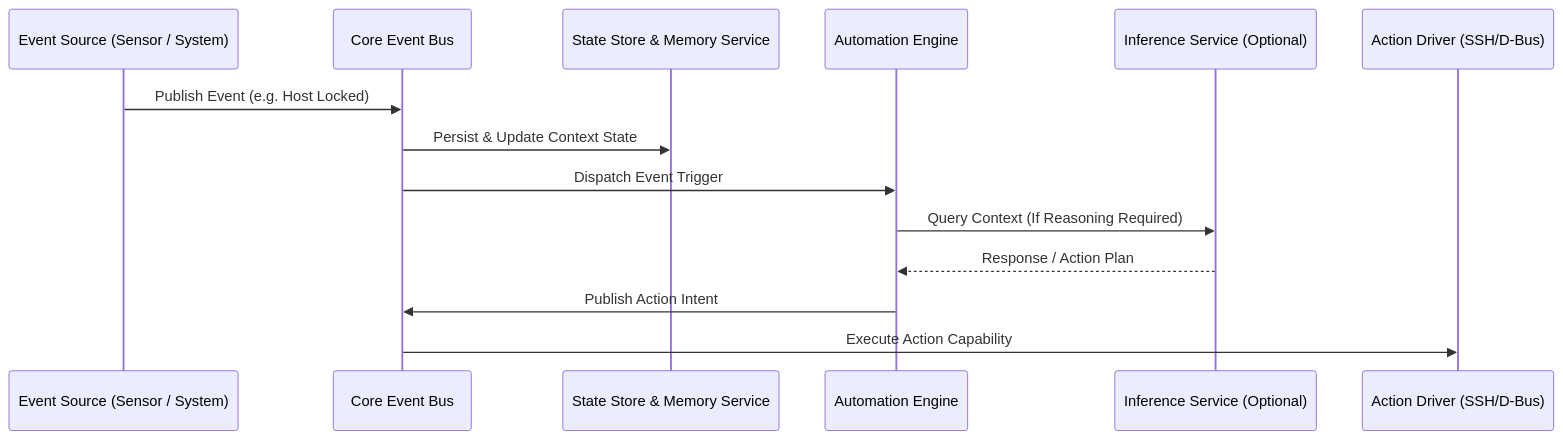
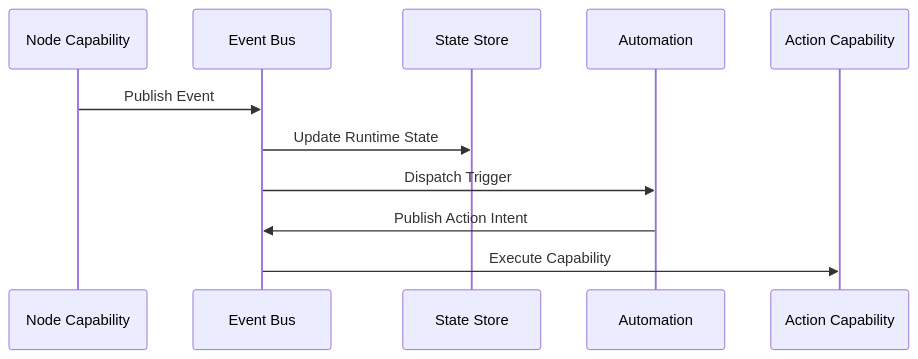
Diagram 11 of 14 in README.md (scott-astatine/Frankn), drawn with Mermaid before and after one commit. The commit also changed other lines of this file and 9 other files, not shown here.

````diff
--- a/README.md
+++ b/README.md
@@ -165,17 +622,14 @@
 ```mermaid
 sequenceDiagram
-    participant Sensor as Event Source (Sensor / System)
-    participant Bus as Core Event Bus
-    participant State as State Store & Memory Service
-    participant Auto as Automation Engine
-    participant Inf as Inference Service (Optional)
-    participant Action as Action Driver (SSH/D-Bus)
+    participant Device as Node Capability
+    participant Bus as Event Bus
+    participant State as State Store
+    participant Auto as Automation
+    participant Action as Action Capability
 
-    Sensor->>Bus: Publish Event (e.g. Host Locked)
-    Bus->>State: Persist & Update Context State
-    Bus->>Auto: Dispatch Event Trigger
-    Auto->>Inf: Query Context (If Reasoning Required)
-    Inf-->>Auto: Response / Action Plan
+    Device->>Bus: Publish Event
+    Bus->>State: Update Runtime State
+    Bus->>Auto: Dispatch Trigger
     Auto->>Bus: Publish Action Intent
-    Bus->>Action: Execute Action Capability
+    Bus->>Action: Execute Capability
 ```
````
